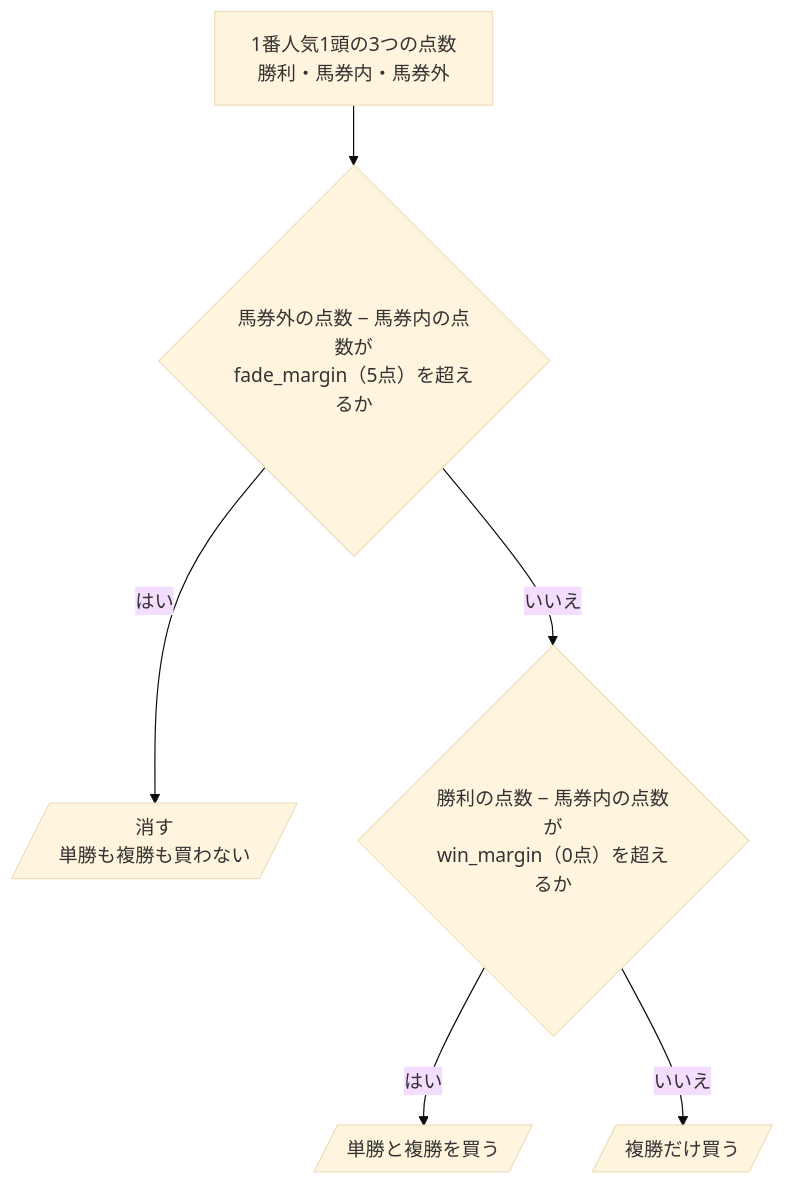
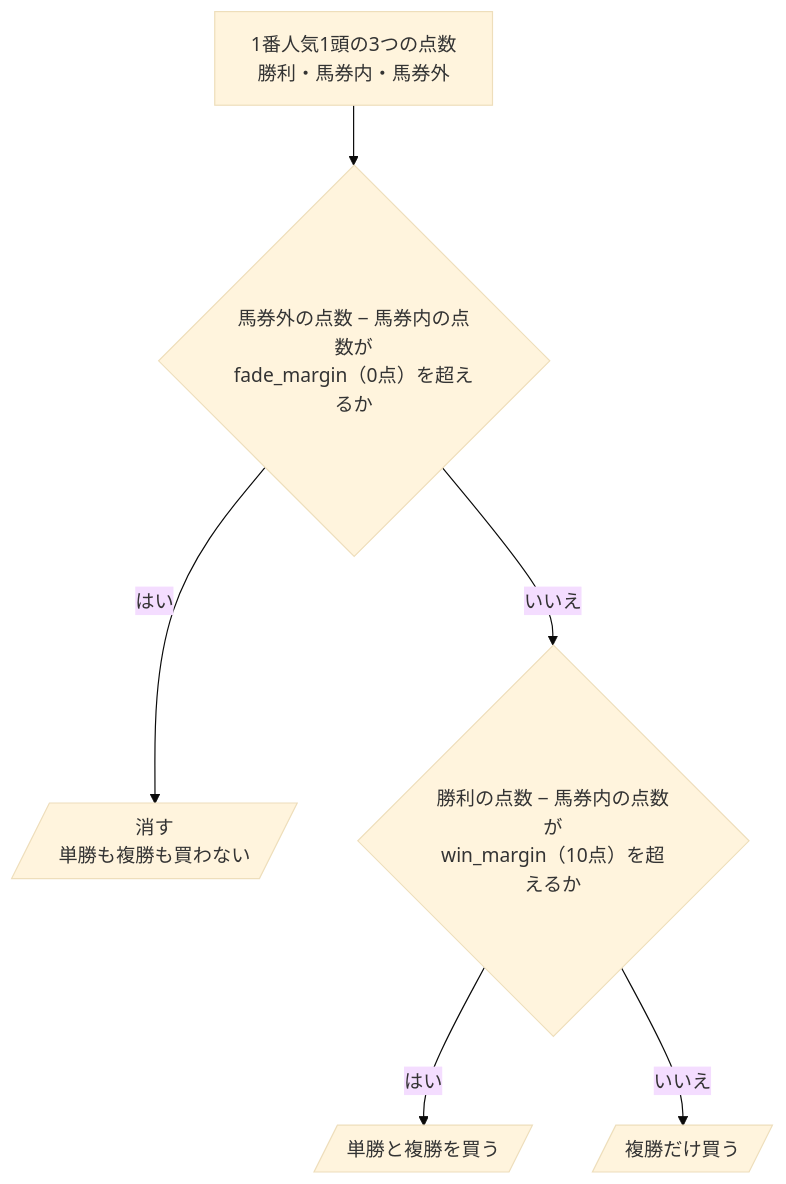
The second of 3 diagrams in docs/design/1番人気を買うか消すかを予想/06-flowchart.md (ht-0328/keiba-yosou), drawn with Mermaid (base theme) before and after one commit. The commit also changed other lines of this file and 10 other files, not shown here.

````diff
--- a/docs/design/1番人気を買うか消すかを予想/06-flowchart.md
+++ b/docs/design/1番人気を買うか消すかを予想/06-flowchart.md
@@ -45,8 +45,8 @@
 ```mermaid
 flowchart TD
-    S["1番人気1頭の3つの点数<br>勝利・馬券内・馬券外"] --> Q1{"馬券外の点数 − 馬券内の点数が<br>fade_margin（5点）を超えるか"}
+    S["1番人気1頭の3つの点数<br>勝利・馬券内・馬券外"] --> Q1{"馬券外の点数 − 馬券内の点数が<br>fade_margin（0点）を超えるか"}
     Q1 -->|はい| FADE[/"消す<br>単勝も複勝も買わない"/]
-    Q1 -->|いいえ| Q2{"勝利の点数 − 馬券内の点数が<br>win_margin（0点）を超えるか"}
+    Q1 -->|いいえ| Q2{"勝利の点数 − 馬券内の点数が<br>win_margin（10点）を超えるか"}
     Q2 -->|はい| WP[/"単勝と複勝を買う"/]
     Q2 -->|いいえ| P[/"複勝だけ買う"/]
 ```
````
